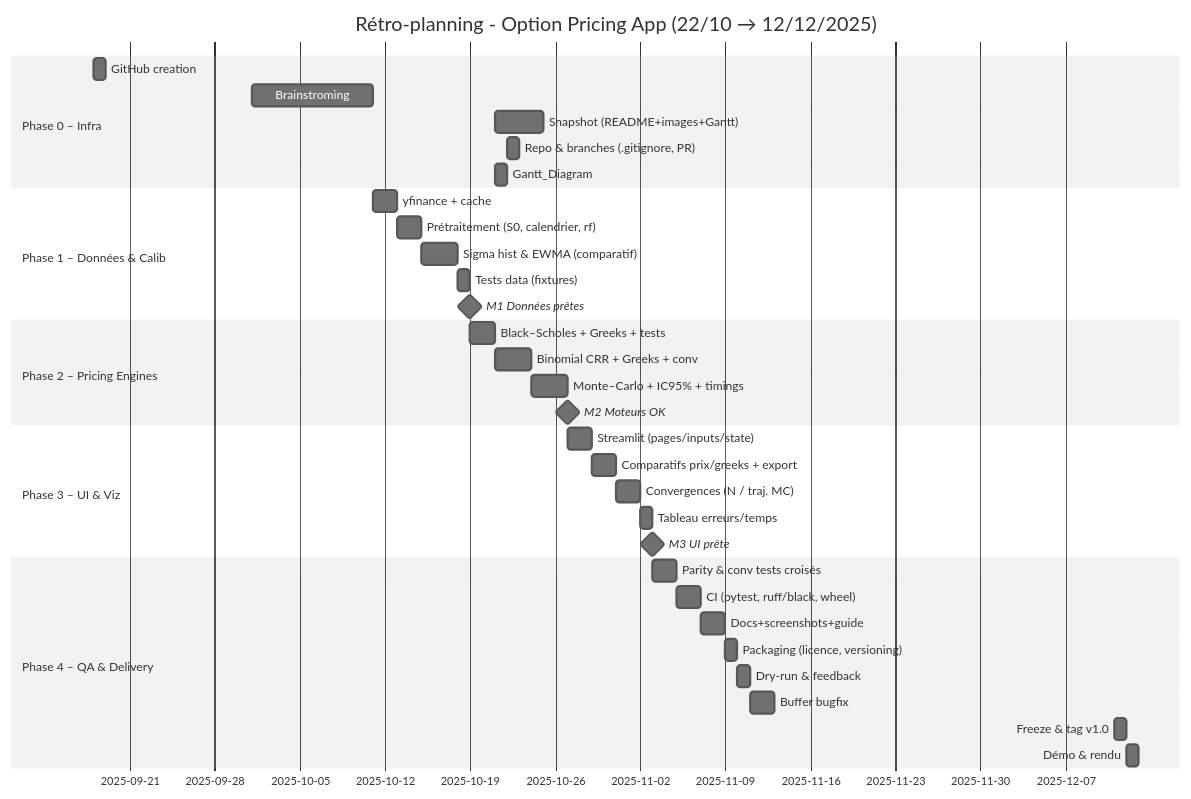
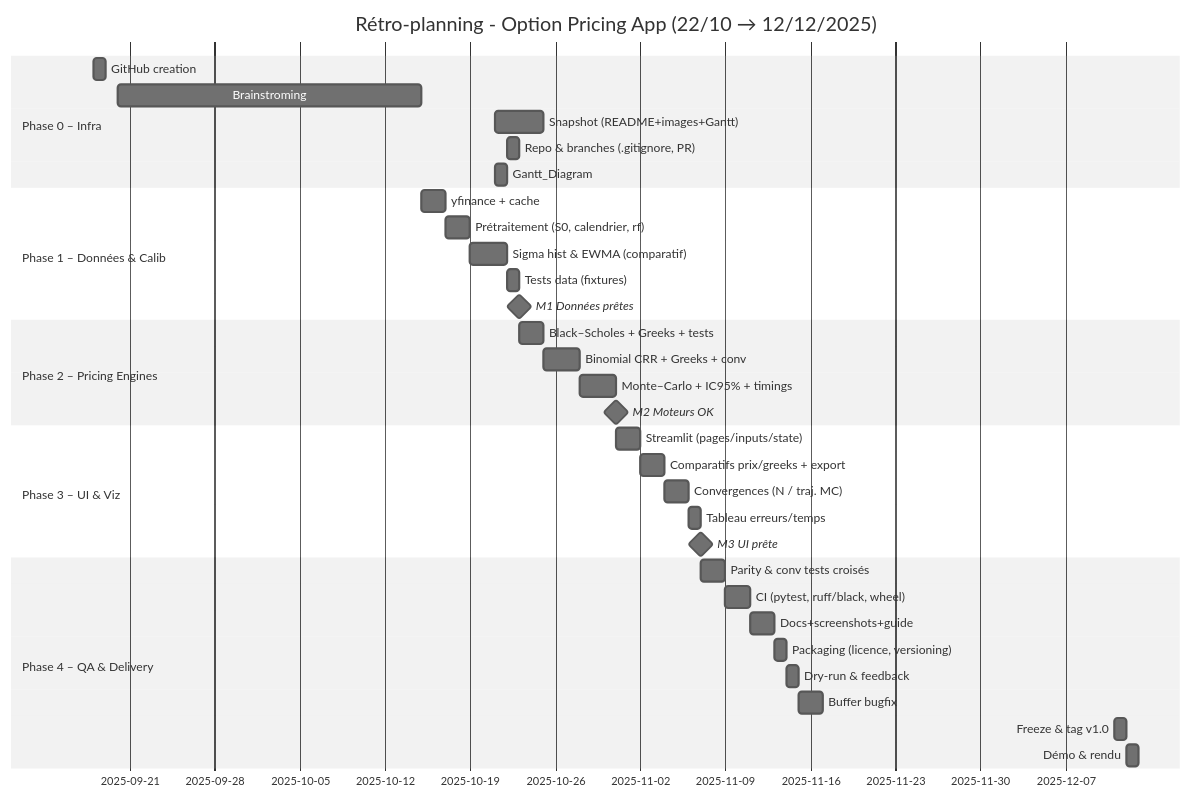
Before and after one commit to Karam-Benameur/stream_options: the diagram in roadmap/Gantt_Diagram.md, drawn with Mermaid (neutral theme).

````diff
--- a/roadmap/Gantt_Diagram.md
+++ b/roadmap/Gantt_Diagram.md
@@ -1,45 +1,45 @@
 ```mermaid
 gantt
     title Rétro-planning - Option Pricing App (22/10 → 12/12/2025)
     dateFormat  YYYY-MM-DD
     %% aucune exclusion -> pas de bandes jaunes
 
     section Phase 0 – Infra
     GitHub creation                     :s1, 2025-09-18, 1d
-    Brainstroming                       :s2, 2025-10-01, 10d
+    Brainstroming                       :s2, 2025-09-20, 25d
     Snapshot (README+images+Gantt)      :s3, 2025-10-21, 4d
     Repo & branches (.gitignore, PR)    :s4, 2025-10-22, 1d
     Gantt_Diagram                       :s5, 2025-10-21, 1d
 
     section Phase 1 – Données & Calib
     yfinance + cache                     :d1, after s2, 2d
     Prétraitement (S0, calendrier, rf)   :d2, after d1, 2d
     Sigma hist & EWMA (comparatif)       :d3, after d2, 3d
     Tests data (fixtures)                :d4, after d3, 1d
     M1 Données prêtes                    :milestone, m1, after d4, 0d
 
     section Phase 2 – Pricing Engines
     Black–Scholes + Greeks + tests       :p1, after m1, 2d
     Binomial CRR + Greeks + conv         :p2, after p1, 3d
     Monte–Carlo + IC95% + timings        :p3, after p2, 3d
     M2 Moteurs OK                        :milestone, m2, after p3, 0d
 
     section Phase 3 – UI & Viz
     Streamlit (pages/inputs/state)       :u1, after m2, 2d
     Comparatifs prix/greeks + export     :u2, after u1, 2d
     Convergences (N / traj. MC)          :u3, after u2, 2d
     Tableau erreurs/temps                :u4, after u3, 1d
     M3 UI prête                          :milestone, m3, after u4, 0d
 
     section Phase 4 – QA & Delivery
     Parity & conv tests croisés          :q1, after m3, 2d
     CI (pytest, ruff/black, wheel)       :q2, after q1, 2d
     Docs+screenshots+guide               :q3, after q2, 2d
     Packaging (licence, versioning)      :q4, after q3, 1d
     Dry-run & feedback                   :q5, after q4, 1d
     Buffer bugfix                        :q6, after q5, 2d
     Freeze & tag v1.0                    :rel, 2025-12-11, 1d
     Démo & rendu                         :fin, 2025-12-12, 1d
 
 
 ```
````
